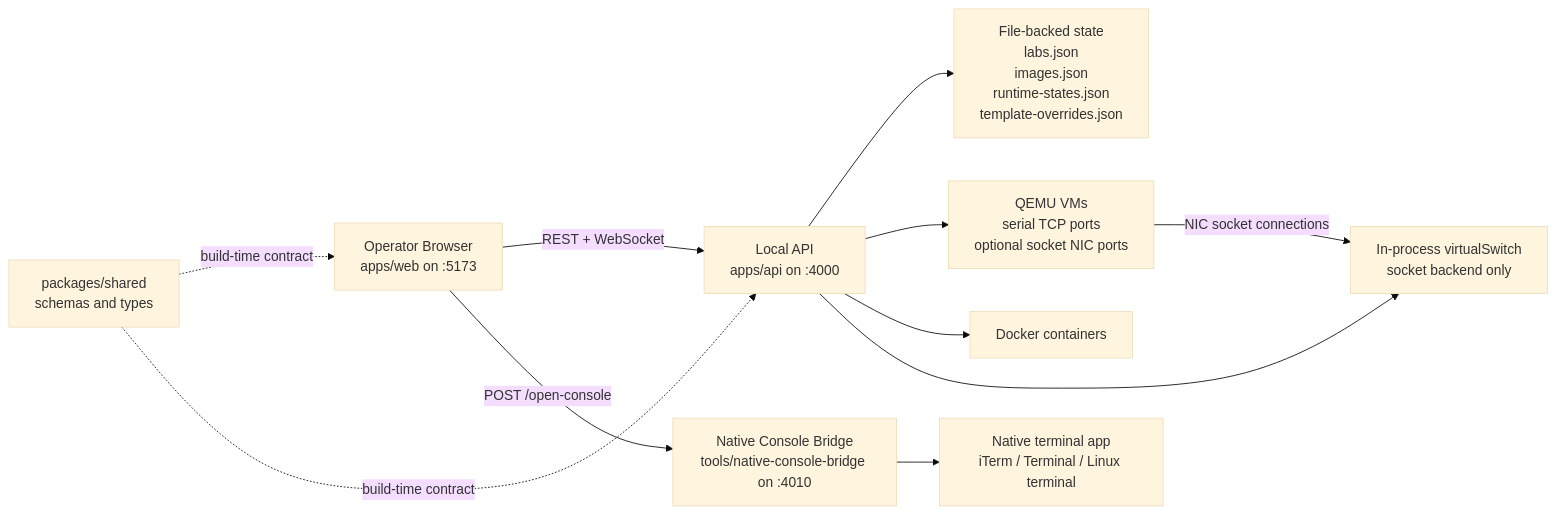
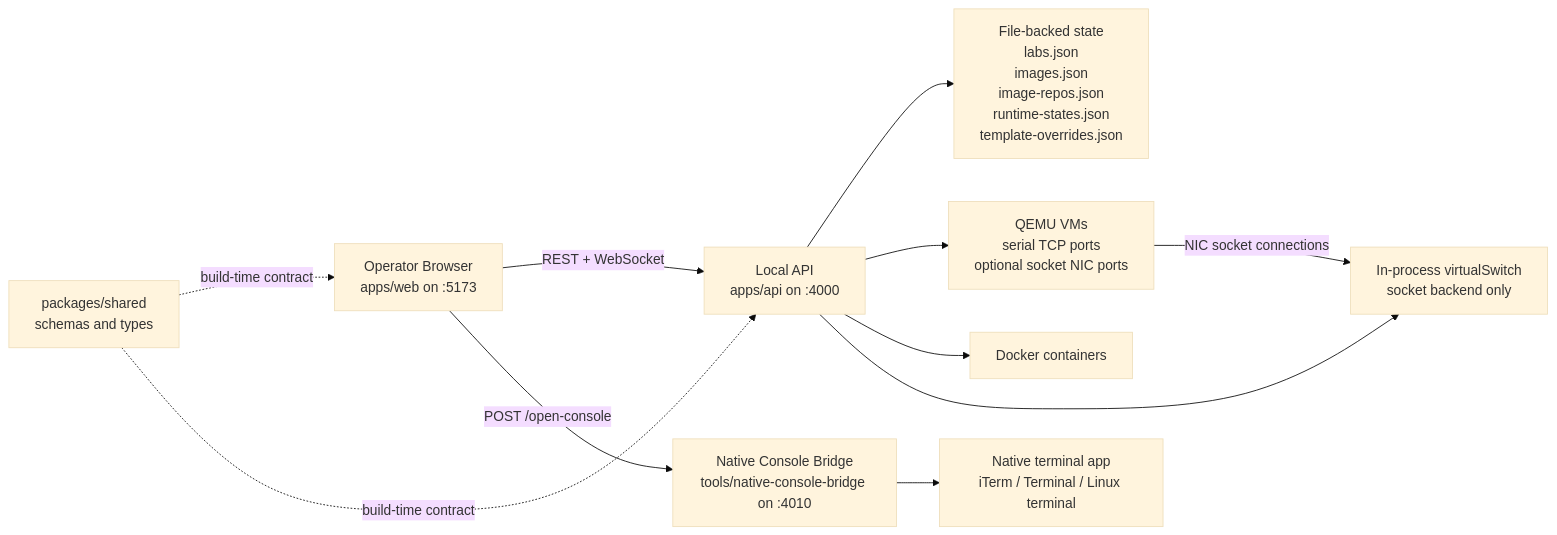
One commit to Cass67/networkchum changed the first of 7 diagrams in docs/architecture.md. Above: the diagram before and after it, drawn with Mermaid (base theme). The commit also changed other lines of this file and 20 other files, not shown here.

First line of the commit message:
Image repos: pull device images from a URL share or local dir into the catalog

````diff
--- a/docs/architecture.md
+++ b/docs/architecture.md
@@ -20,23 +20,23 @@
 ```mermaid
 flowchart LR
   Browser["Operator Browser<br/>apps/web on :5173"]
   API["Local API<br/>apps/api on :4000"]
   Bridge["Native Console Bridge<br/>tools/native-console-bridge on :4010"]
   Shared["packages/shared<br/>schemas and types"]
-  Data["File-backed state<br/>labs.json<br/>images.json<br/>runtime-states.json<br/>template-overrides.json"]
+  Data["File-backed state<br/>labs.json<br/>images.json<br/>image-repos.json<br/>runtime-states.json<br/>template-overrides.json"]
   QEMU["QEMU VMs<br/>serial TCP ports<br/>optional socket NIC ports"]
   Docker["Docker containers"]
   Switch["In-process virtualSwitch<br/>socket backend only"]
   Terminal["Native terminal app<br/>iTerm / Terminal / Linux terminal"]
 
   Browser -->|REST + WebSocket| API
   Browser -->|POST /open-console| Bridge
   API --> Data
   API --> QEMU
   API --> Docker
   API --> Switch
   QEMU -->|NIC socket connections| Switch
   Bridge --> Terminal
   Shared -. build-time contract .-> Browser
   Shared -. build-time contract .-> API
 ```
````
